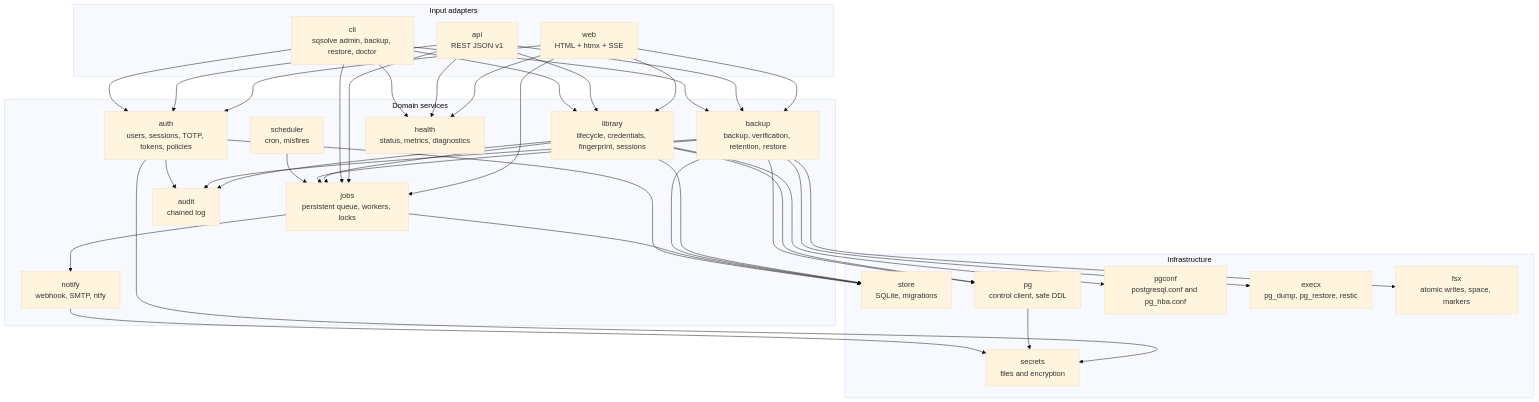
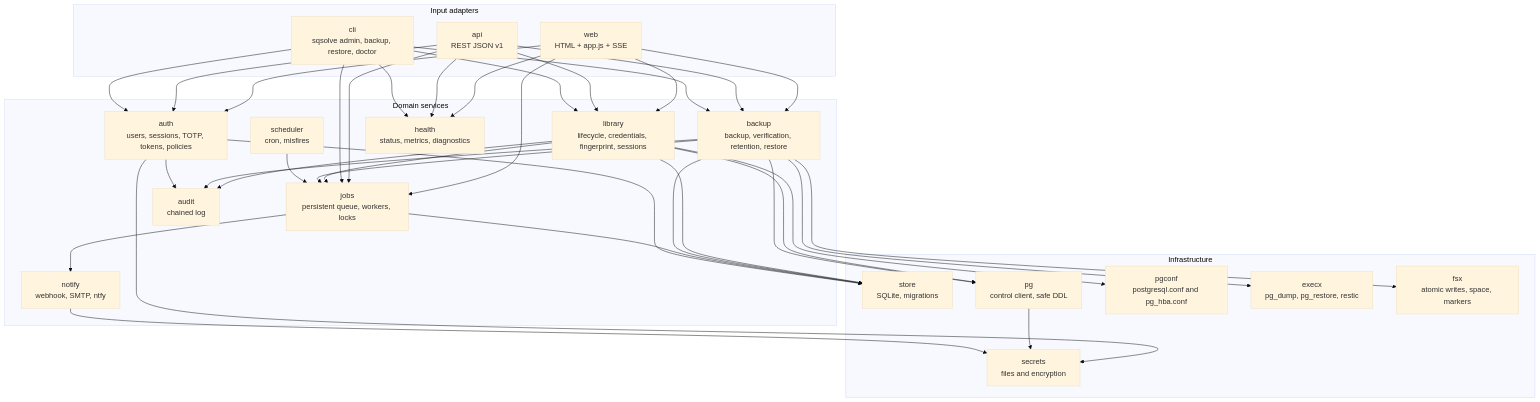
One commit to donutinit/sqsolve changed the third of 5 diagrams in docs/05-architecture.md. Above: the diagram before and after it, drawn with Mermaid (base theme). The commit also changed other lines of this file and 142 other files, not shown here.

````diff
--- a/docs/05-architecture.md
+++ b/docs/05-architecture.md
@@ -85,35 +85,35 @@
 ```mermaid
 flowchart TB
   subgraph adapters["Input adapters"]
-    WEB["web<br/>HTML + htmx + SSE"]
+    WEB["web<br/>HTML + app.js + SSE"]
     API["api<br/>REST JSON v1"]
     CLI["cli<br/>sqsolve admin, backup, restore, doctor"]
   end
   subgraph core["Domain services"]
     AUTH["auth<br/>users, sessions, TOTP, tokens, policies"]
     LIB["library<br/>lifecycle, credentials, fingerprint, sessions"]
     BKP["backup<br/>backup, verification, retention, restore"]
     JOB["jobs<br/>persistent queue, workers, locks"]
     SCH["scheduler<br/>cron, misfires"]
     NOT["notify<br/>webhook, SMTP, ntfy"]
     AUD["audit<br/>chained log"]
     HLT["health<br/>status, metrics, diagnostics"]
   end
   subgraph infra["Infrastructure"]
     STORE["store<br/>SQLite, migrations"]
     PGC["pg<br/>control client, safe DDL"]
     PGCONF["pgconf<br/>postgresql.conf and pg_hba.conf"]
     EXEC["execx<br/>pg_dump, pg_restore, restic"]
     FSX["fsx<br/>atomic writes, space, markers"]
     SEC["secrets<br/>files and encryption"]
   end
   WEB & API & CLI --> AUTH
   WEB & API & CLI --> LIB & BKP & JOB & HLT
   LIB --> PGC & PGCONF & STORE & AUD & JOB
   BKP --> EXEC & FSX & PGC & STORE & AUD & JOB
   SCH --> JOB
   JOB --> STORE & NOT
   AUTH --> STORE & SEC & AUD
   PGC --> SEC
   NOT --> SEC
 ```
````
